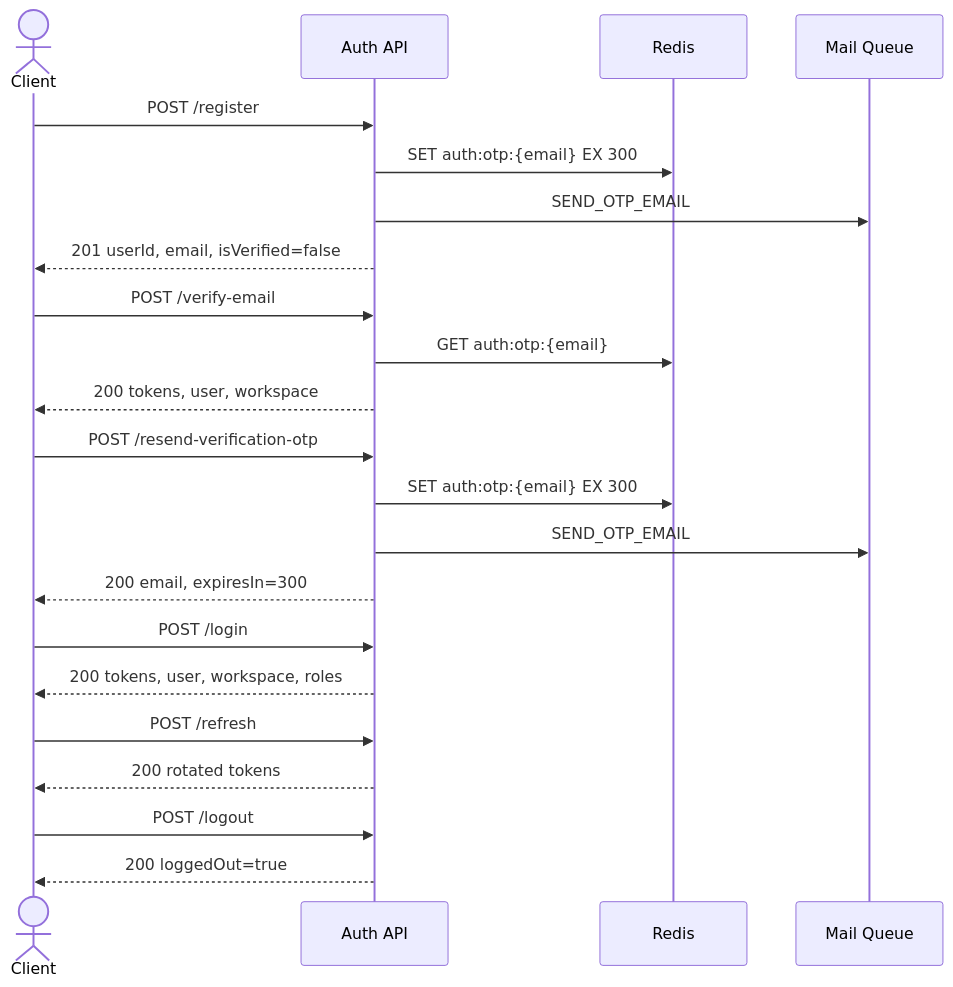
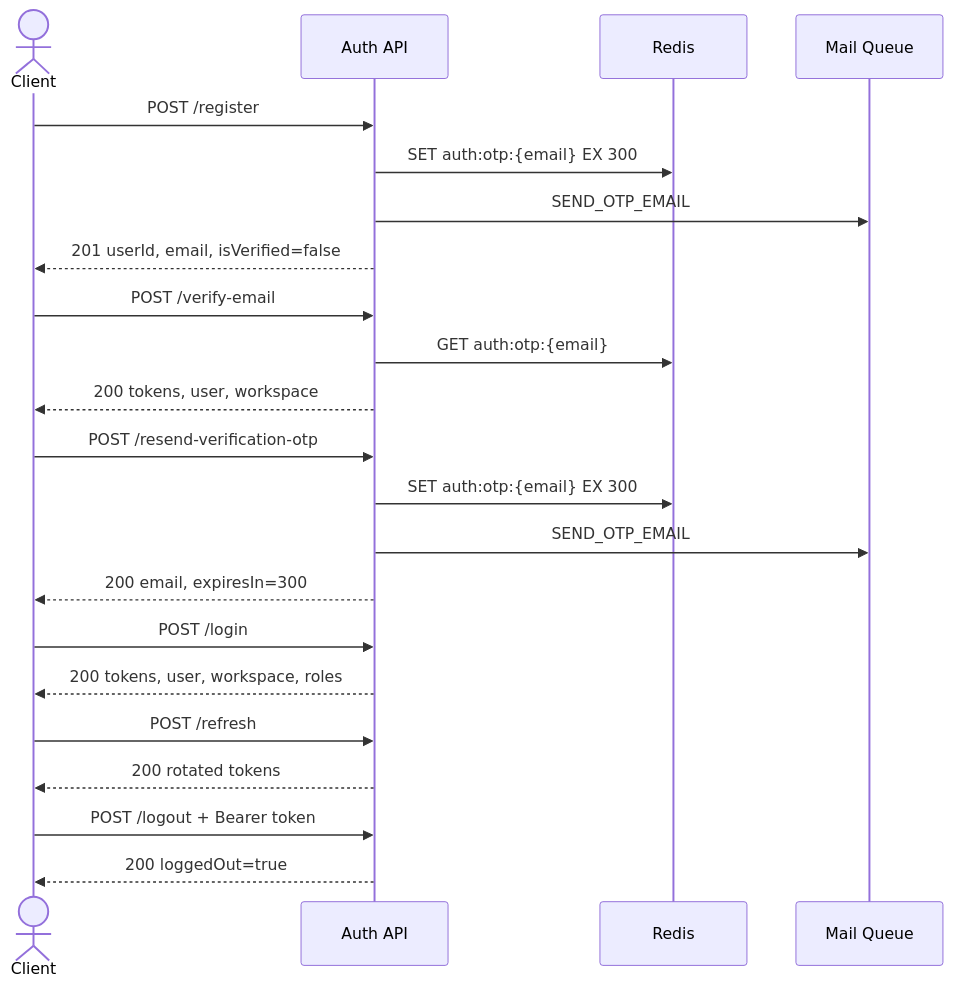
The diagram in docs/auth/index.md (keyntk78/node-mind-server), drawn with Mermaid before and after one commit. The commit also changed other lines of this file and 12 other files, not shown here.

Commit message:
feat(auth): update logout API to require Bearer access token and refresh token for session invalidation

````diff
--- a/docs/auth/index.md
+++ b/docs/auth/index.md
@@ -34,30 +34,30 @@
 ```mermaid
 sequenceDiagram
     actor C as Client
     participant API as Auth API
     participant R as Redis
     participant M as Mail Queue
 
     C->>API: POST /register
     API->>R: SET auth:otp:{email} EX 300
     API->>M: SEND_OTP_EMAIL
     API-->>C: 201 userId, email, isVerified=false
 
     C->>API: POST /verify-email
     API->>R: GET auth:otp:{email}
     API-->>C: 200 tokens, user, workspace
 
     C->>API: POST /resend-verification-otp
     API->>R: SET auth:otp:{email} EX 300
     API->>M: SEND_OTP_EMAIL
     API-->>C: 200 email, expiresIn=300
 
     C->>API: POST /login
     API-->>C: 200 tokens, user, workspace, roles
 
     C->>API: POST /refresh
     API-->>C: 200 rotated tokens
 
-    C->>API: POST /logout
+    C->>API: POST /logout + Bearer token
     API-->>C: 200 loggedOut=true
 ```
````
